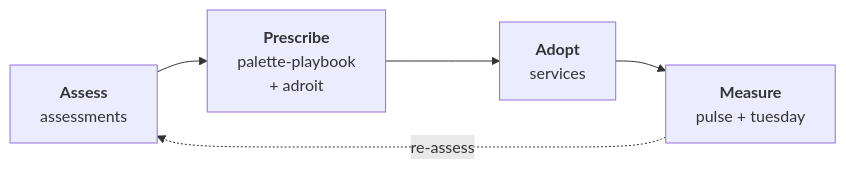
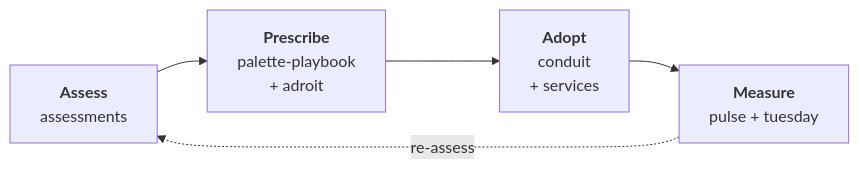
Before and after one commit to como-technologies/portfolio: the diagram in src/roadmap.md, drawn with Mermaid. The commit also changed other lines of this file and 5 other files, not shown here.

Commit message:
docs: add conduit as the Adopt-stage engine; update gruvbox theme

````diff
--- a/src/roadmap.md
+++ b/src/roadmap.md
@@ -5,7 +5,7 @@
 ```mermaid
 flowchart LR
     A["<b>Assess</b><br/>assessments"] --> P["<b>Prescribe</b><br/>palette-playbook<br/>+ adroit"]
-    P --> D["<b>Adopt</b><br/>services"]
+    P --> D["<b>Adopt</b><br/>conduit<br/>+ services"]
     D --> M["<b>Measure</b><br/>pulse + tuesday"]
     M -.re-assess.-> A
 ```
````
